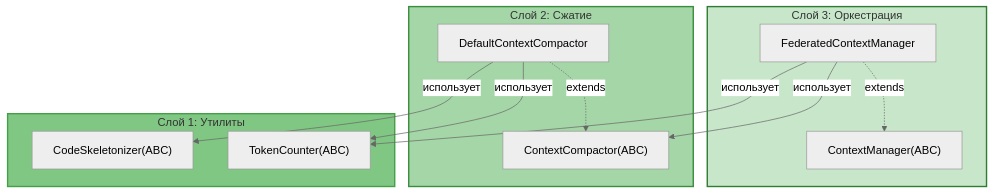
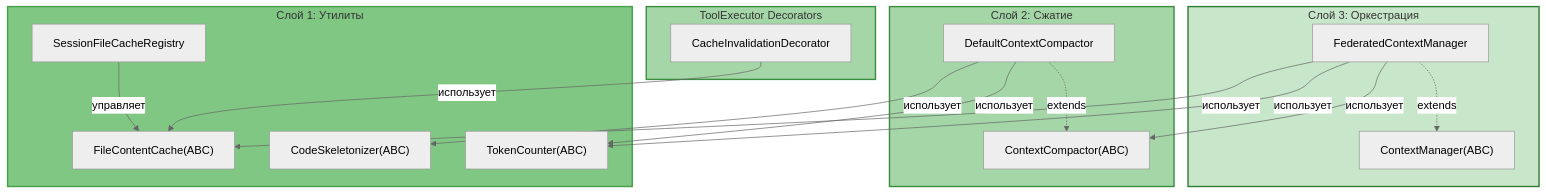
Before and after one commit to pese-git/codelab-agent: the diagram in doc/internals/architecture/fcm/README.md, drawn with Mermaid (neutral theme). The commit also changed other lines of this file and 3 other files, not shown here.

First line of the commit message:
docs(fcm): добавить FileContentCache, SessionFileCacheRegistry, CacheInvalidationDecorator

````diff
--- a/doc/internals/architecture/fcm/README.md
+++ b/doc/internals/architecture/fcm/README.md
@@ -20,28 +25,38 @@
 ```mermaid
 graph TB
     subgraph Layer3["Слой 3: Оркестрация"]
         CM["ContextManager(ABC)"]
         FCM["FederatedContextManager"]
     end
     
     subgraph Layer2["Слой 2: Сжатие"]
         CC["ContextCompactor(ABC)"]
         DCC["DefaultContextCompactor"]
     end
     
     subgraph Layer1["Слой 1: Утилиты"]
         TC["TokenCounter(ABC)"]
         SK["CodeSkeletonizer(ABC)"]
+        FCC["FileContentCache(ABC)"]
+        SFCC["SessionFileCacheRegistry"]
+    end
+    
+    subgraph Decorators["ToolExecutor Decorators"]
+        CID["CacheInvalidationDecorator"]
     end
     
     FCM -.->|"extends"| CM
     DCC -.->|"extends"| CC
     FCM -->|"использует"| CC
     FCM -->|"использует"| TC
+    FCM -->|"использует"| FCC
     DCC -->|"использует"| TC
     DCC -->|"использует"| SK
+    CID -->|"использует"| FCC
+    SFCC -->|"управляет"| FCC
     
     style Layer3 fill:#c8e6c9,stroke:#2e7d32,stroke-width:2px
     style Layer2 fill:#a5d6a7,stroke:#388e3c,stroke-width:2px
     style Layer1 fill:#81c784,stroke:#43a047,stroke-width:2px
+    style Decorators fill:#a5d6a7,stroke:#388e3c,stroke-width:2px
 ```
````
